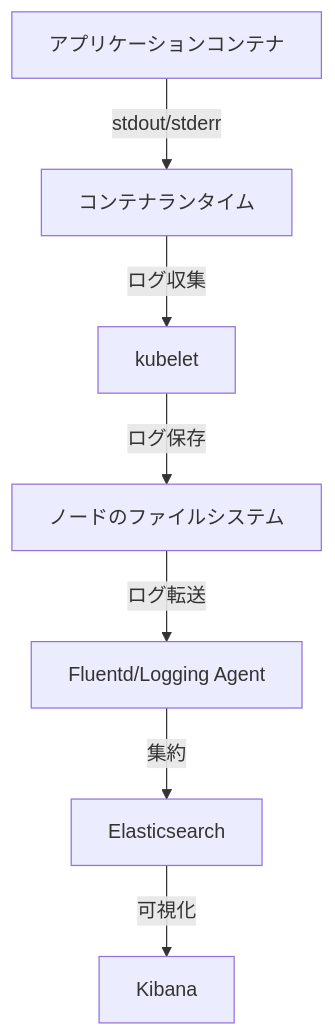
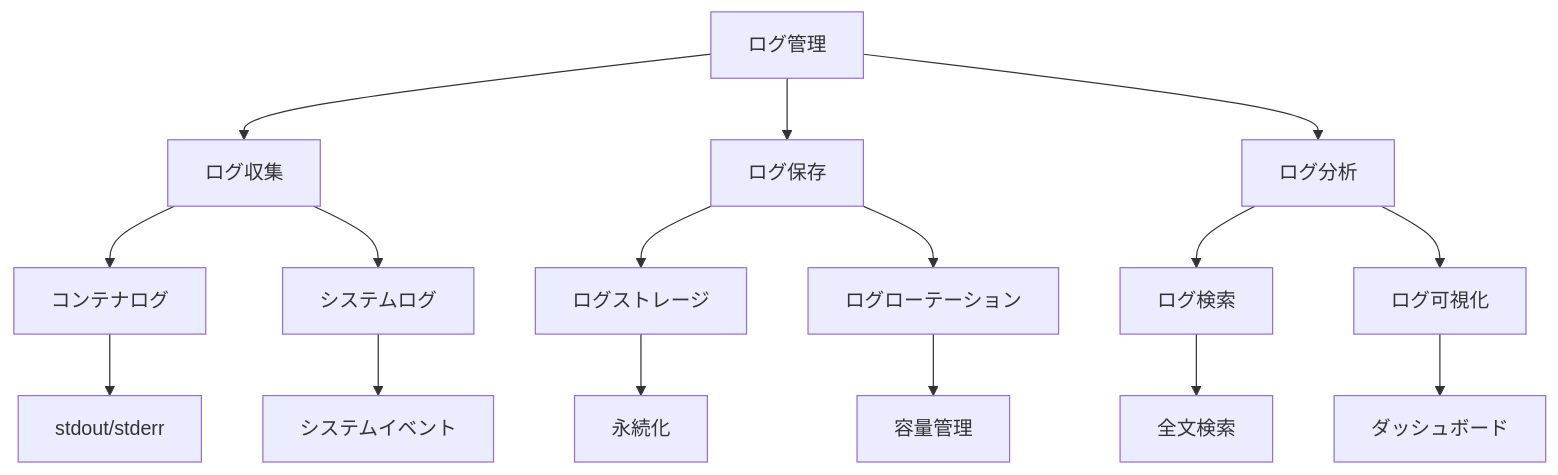
The diagram in docs/Kubernetes/09_モニタリングとロギング/09-01_ログ.md (haruka-aibara/haruka-aibara), drawn with Mermaid before and after one commit. The commit also changed other lines of this file and 37 other files, not shown here.

````diff
--- a/docs/Kubernetes/09_モニタリングとロギング/09-01_ログ.md
+++ b/docs/Kubernetes/09_モニタリングとロギング/09-01_ログ.md
@@ -60,9 +161,20 @@
 ```mermaid
 graph TD
-    A[アプリケーションコンテナ] -->|stdout/stderr| B[コンテナランタイム]
-    B -->|ログ収集| C[kubelet]
-    C -->|ログ保存| D[ノードのファイルシステム]
-    D -->|ログ転送| E[Fluentd/Logging Agent]
-    E -->|集約| F[Elasticsearch]
-    F -->|可視化| G[Kibana]
+    A[ログ管理] --> B[ログ収集]
+    A --> C[ログ保存]
+    A --> D[ログ分析]
+    
+    B --> E[コンテナログ]
+    B --> F[システムログ]
+    C --> G[ログストレージ]
+    C --> H[ログローテーション]
+    D --> I[ログ検索]
+    D --> J[ログ可視化]
+    
+    E --> K[stdout/stderr]
+    F --> L[システムイベント]
+    G --> M[永続化]
+    H --> N[容量管理]
+    I --> O[全文検索]
+    J --> P[ダッシュボード]
 ```
````
